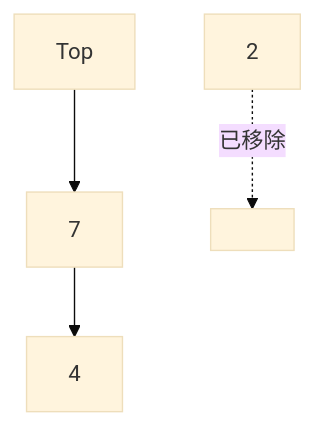
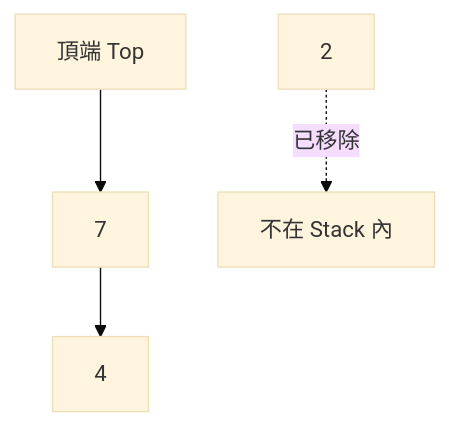
One commit to davidchen0970/algorithm_note changed the second of 16 diagrams in 02_data_structures/08_stack.md. Above: the diagram before and after it, drawn with Mermaid (base theme). The commit also changed other lines of this file and 2 other files, not shown here.

````diff
--- a/02_data_structures/08_stack.md
+++ b/02_data_structures/08_stack.md
@@ -93,6 +119,6 @@
 ```mermaid
 flowchart TB
-    T[Top] --> N7[7]
-    N7 --> N4[4]
-    P[2] -. 已移除 .-> X[ ]
+    T["頂端 Top"] --> N7["7"]
+    N7 --> N4["4"]
+    P["2"] -. "已移除" .-> X["不在 Stack 內"]
 ```
````
